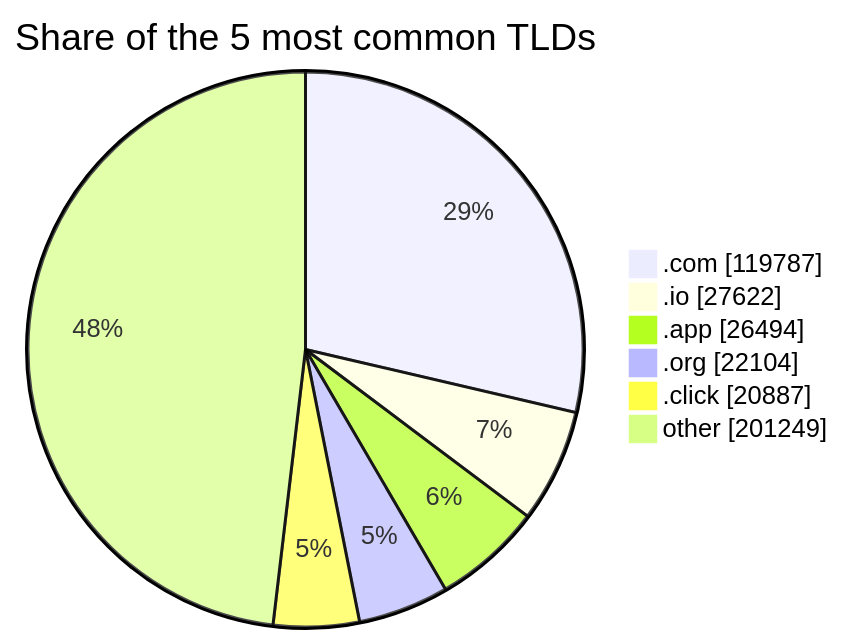
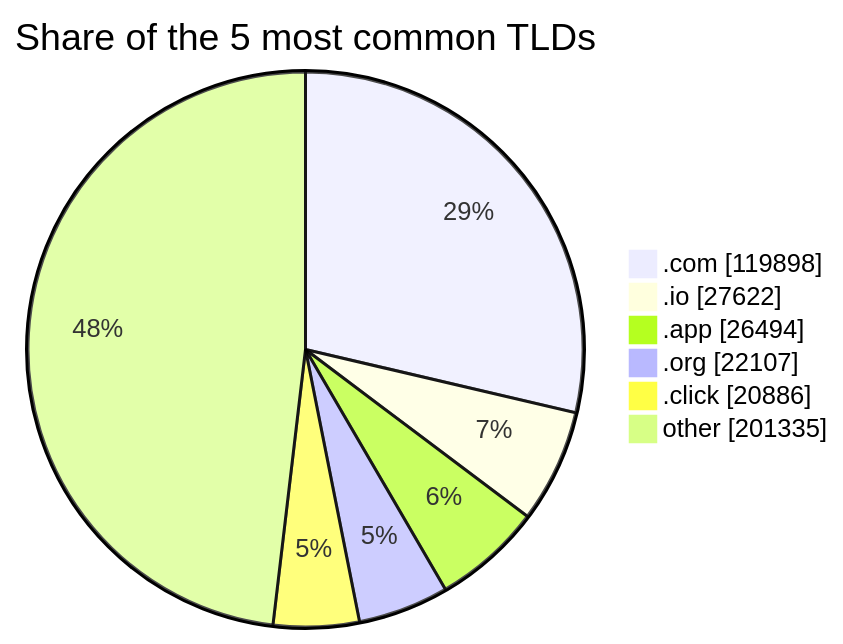
One commit to DNSBunker/CTI changed the third of 3 diagrams in README.md. Above: the diagram before and after it, drawn with Mermaid. The commit also changed other lines of this file and 3 other files, not shown here.

````diff
--- a/README.md
+++ b/README.md
@@ -81,9 +81,9 @@
 ```mermaid
 pie showData title Share of the 5 most common TLDs
-    ".com" : 119787
+    ".com" : 119898
     ".io" : 27622
     ".app" : 26494
-    ".org" : 22104
-    ".click" : 20887
-    "other" : 201249
+    ".org" : 22107
+    ".click" : 20886
+    "other" : 201335
 ```
````
